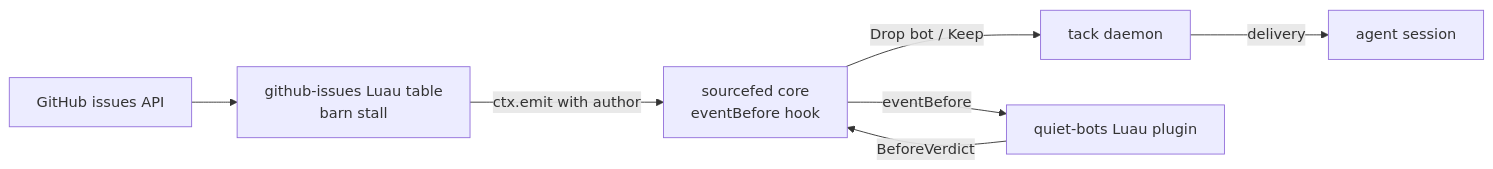
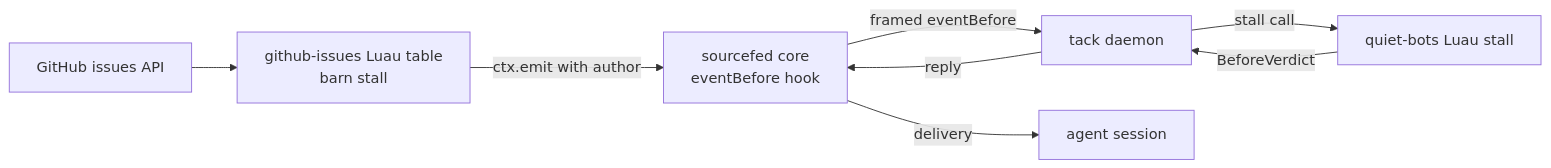
The diagram in docs/source-plugins/p4-github-issues-source.md (wrkhse/sourcefed), drawn with Mermaid before and after one commit. The commit also changed other lines of this file and 2 other files, not shown here.

Commit message:
docs(plan): record the tack eventBefore hook contract

````diff
--- a/docs/source-plugins/p4-github-issues-source.md
+++ b/docs/source-plugins/p4-github-issues-source.md
@@ -17,9 +18,10 @@
 ```mermaid
 flowchart LR
     GitHub["GitHub issues API"] --> Source["github-issues Luau table<br/>barn stall"]
     Source -->|"ctx.emit with author"| Core["sourcefed core<br/>eventBefore hook"]
-    Core -->|"Drop bot / Keep"| Daemon["tack daemon"]
-    Daemon -->|"delivery"| Session["agent session"]
-    Core -->|"eventBefore"| Stall["quiet-bots Luau plugin"]
-    Stall -->|"BeforeVerdict"| Core
+    Core -->|"framed eventBefore"| Daemon["tack daemon"]
+    Daemon -->|"stall call"| Stall["quiet-bots Luau stall"]
+    Stall -->|"BeforeVerdict"| Daemon
+    Daemon -->|"reply"| Core
+    Core -->|"delivery"| Session["agent session"]
 ```
````
